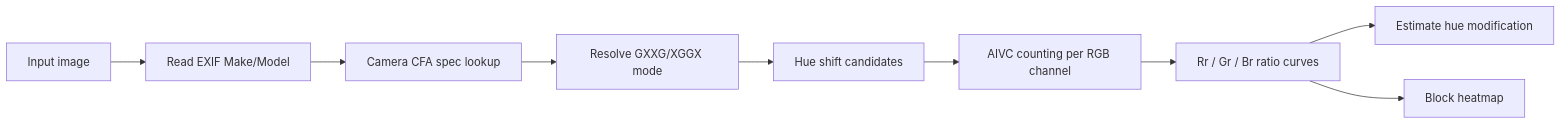
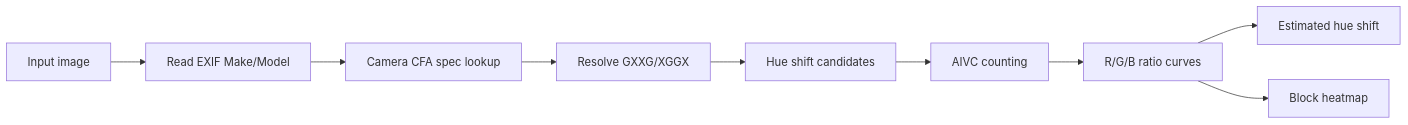
One commit to CyberHamster500/cfa-hue-modification-lab changed the diagram in README.md. Above: the diagram before and after it, drawn with Mermaid. The commit also changed other lines of this file and 6 other files, not shown here.

````diff
--- a/README.md
+++ b/README.md
@@ -63,11 +57,11 @@
 ```mermaid
 flowchart LR
   A["Input image"] --> B["Read EXIF Make/Model"]
   B --> C["Camera CFA spec lookup"]
-  C --> D["Resolve GXXG/XGGX mode"]
+  C --> D["Resolve GXXG/XGGX"]
   D --> E["Hue shift candidates"]
-  E --> F["AIVC counting per RGB channel"]
-  F --> G["Rr / Gr / Br ratio curves"]
-  G --> H["Estimate hue modification"]
+  E --> F["AIVC counting"]
+  F --> G["R/G/B ratio curves"]
+  G --> H["Estimated hue shift"]
   G --> I["Block heatmap"]
 ```
````
